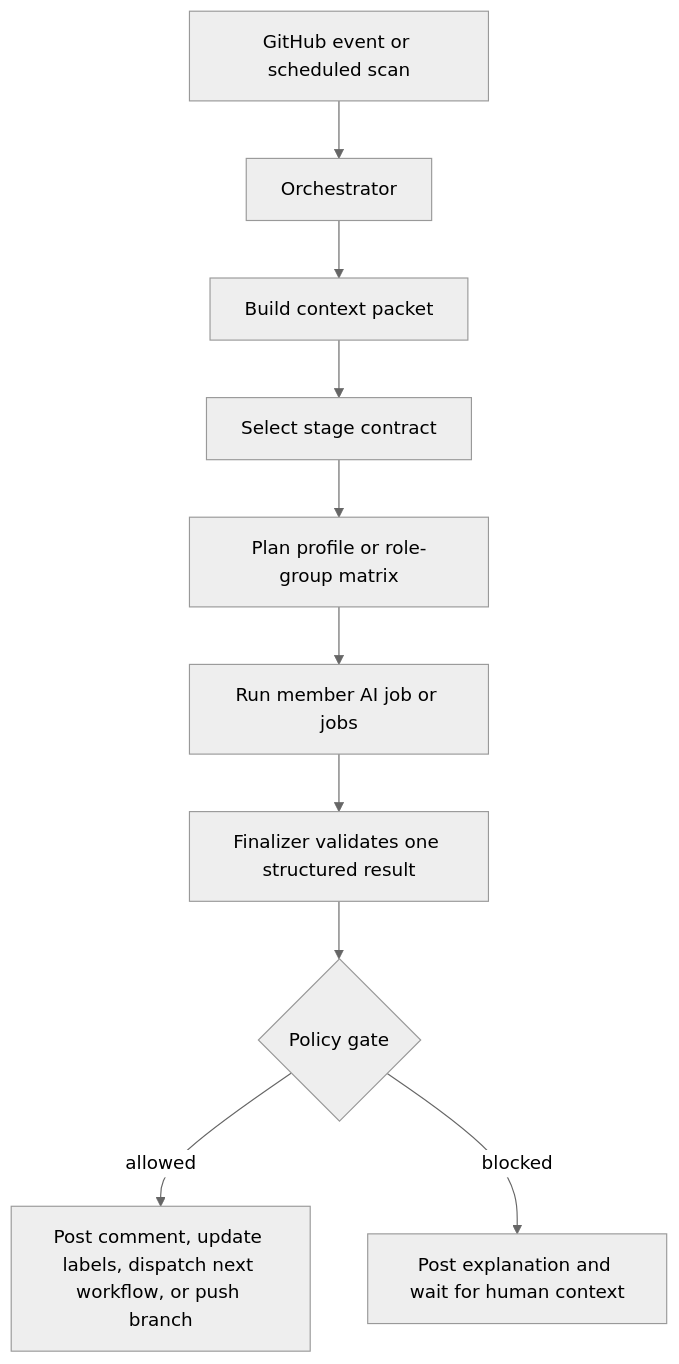
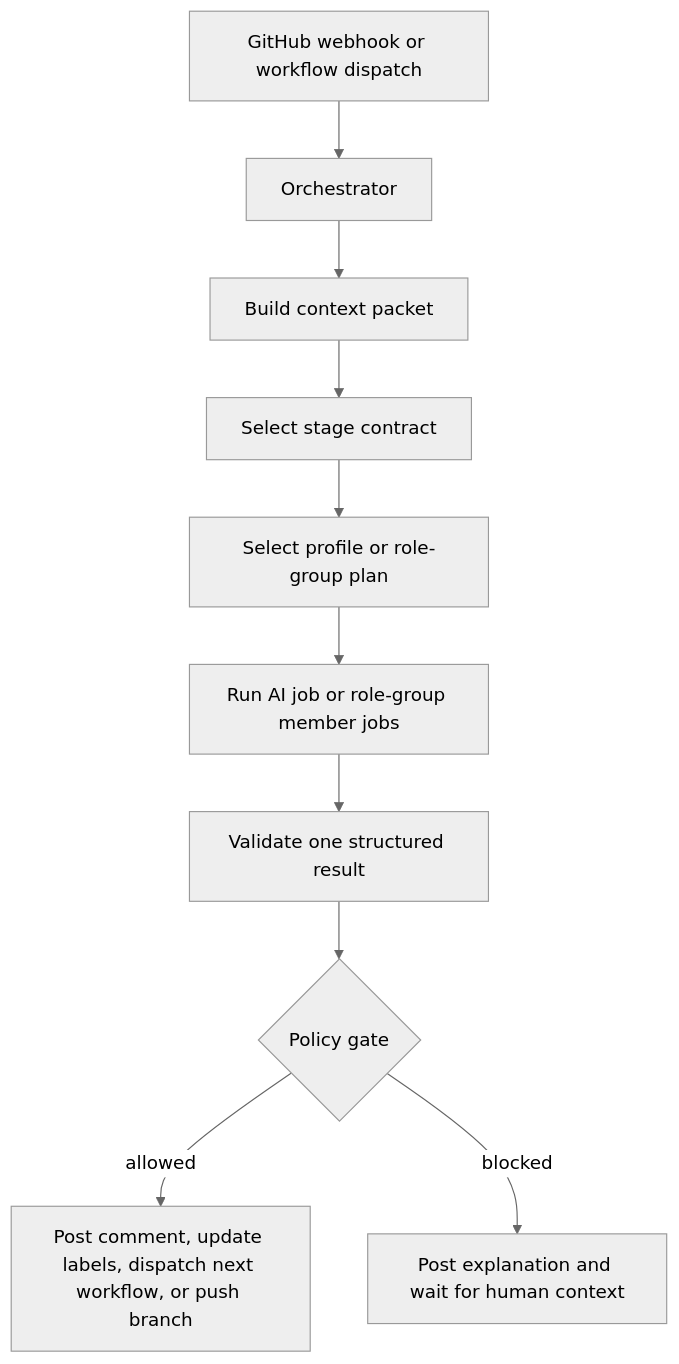
Before and after one commit to markhuangai/git-vibe: the second of 2 diagrams in docs/AI.md, drawn with Mermaid (neutral theme). The commit also changed other lines of this file and 4 other files, not shown here.

````diff
--- a/docs/AI.md
+++ b/docs/AI.md
@@ -36,12 +40,12 @@
 ```mermaid
 flowchart TD
-  A[GitHub event or scheduled scan] --> B[Orchestrator]
+  A[GitHub webhook or workflow dispatch] --> B[Orchestrator]
   B --> C[Build context packet]
   C --> D[Select stage contract]
-  D --> E[Plan profile or role-group matrix]
-  E --> F[Run member AI job or jobs]
-  F --> G[Finalizer validates one structured result]
+  D --> E[Select profile or role-group plan]
+  E --> F[Run AI job or role-group member jobs]
+  F --> G[Validate one structured result]
   G --> H{Policy gate}
   H -->|allowed| I[Post comment, update labels, dispatch next workflow, or push branch]
   H -->|blocked| J[Post explanation and wait for human context]
 ```
````
